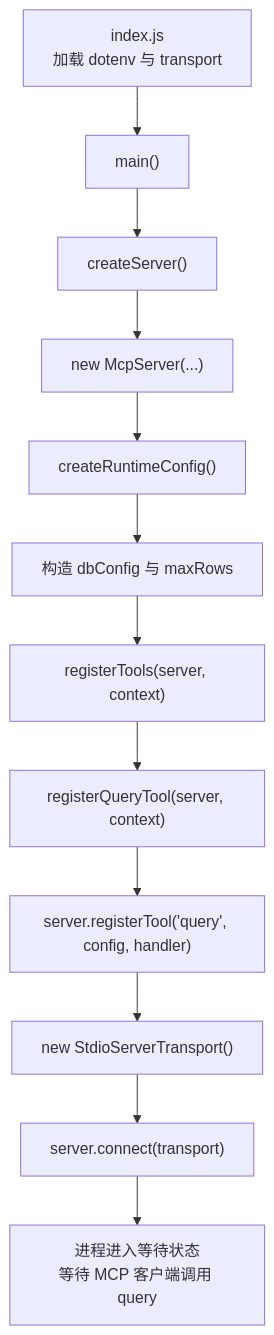
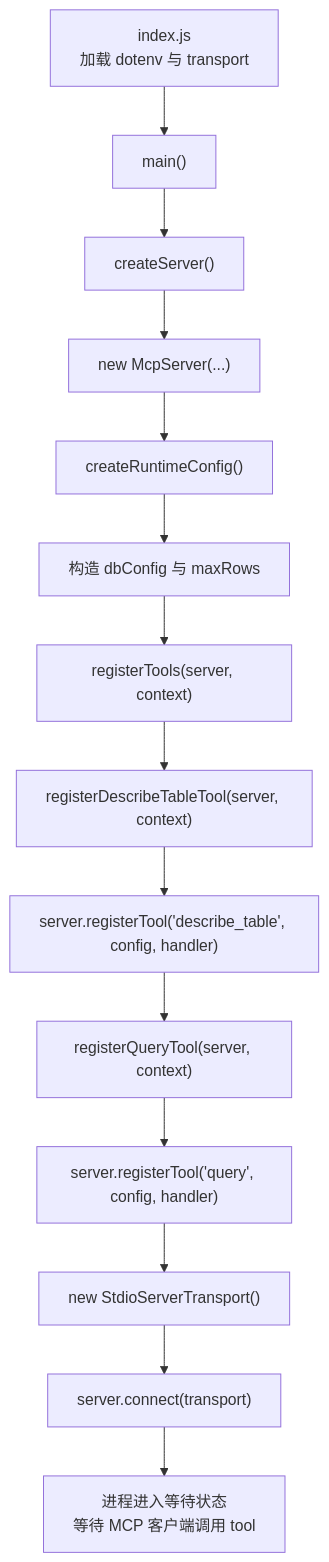
Before and after one commit to Xguihur/mcp-test-sql: the first of 4 diagrams in docs/index-method-call-flow.md, drawn with Mermaid. The commit also changed other lines of this file and 7 other files, not shown here.

````diff
--- a/docs/index-method-call-flow.md
+++ b/docs/index-method-call-flow.md
@@ -14,14 +15,16 @@
 ```mermaid
 flowchart TD
     A["index.js<br/>加载 dotenv 与 transport"] --> B["main()"]
     B --> C["createServer()"]
     C --> D["new McpServer(...)"]
     D --> E["createRuntimeConfig()"]
     E --> F["构造 dbConfig 与 maxRows"]
     F --> G["registerTools(server, context)"]
-    G --> H["registerQueryTool(server, context)"]
-    H --> I["server.registerTool('query', config, handler)"]
-    I --> J["new StdioServerTransport()"]
-    J --> K["server.connect(transport)"]
-    K --> L["进程进入等待状态<br/>等待 MCP 客户端调用 query"]
+    G --> H["registerDescribeTableTool(server, context)"]
+    H --> I["server.registerTool('describe_table', config, handler)"]
+    I --> J["registerQueryTool(server, context)"]
+    J --> K["server.registerTool('query', config, handler)"]
+    K --> L["new StdioServerTransport()"]
+    L --> M["server.connect(transport)"]
+    M --> N["进程进入等待状态<br/>等待 MCP 客户端调用 tool"]
 ```
````
